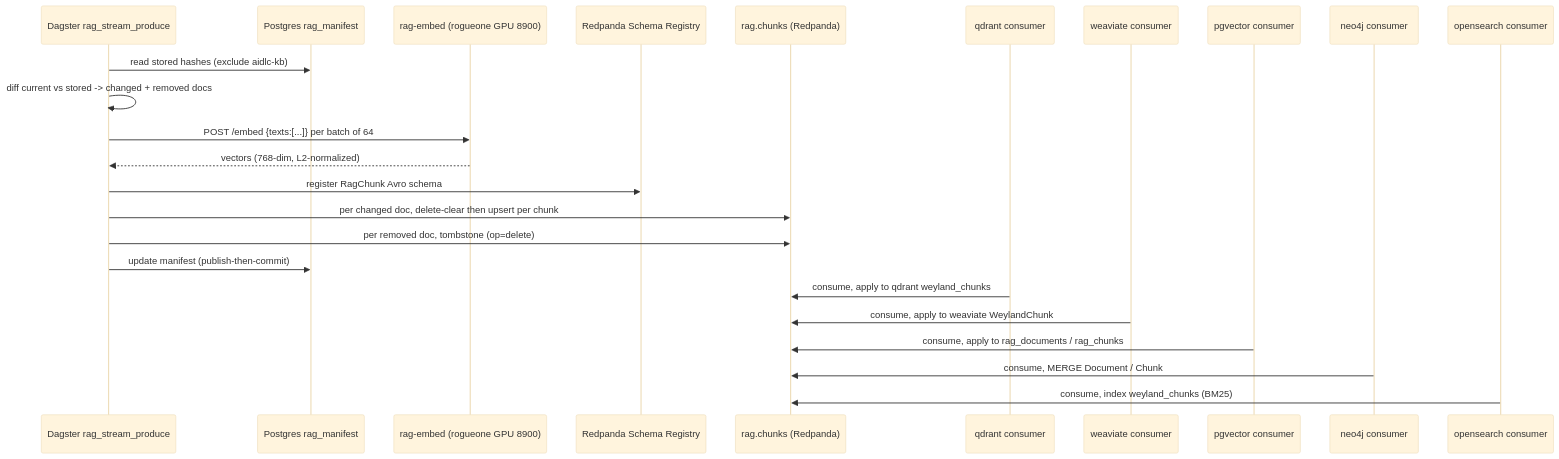
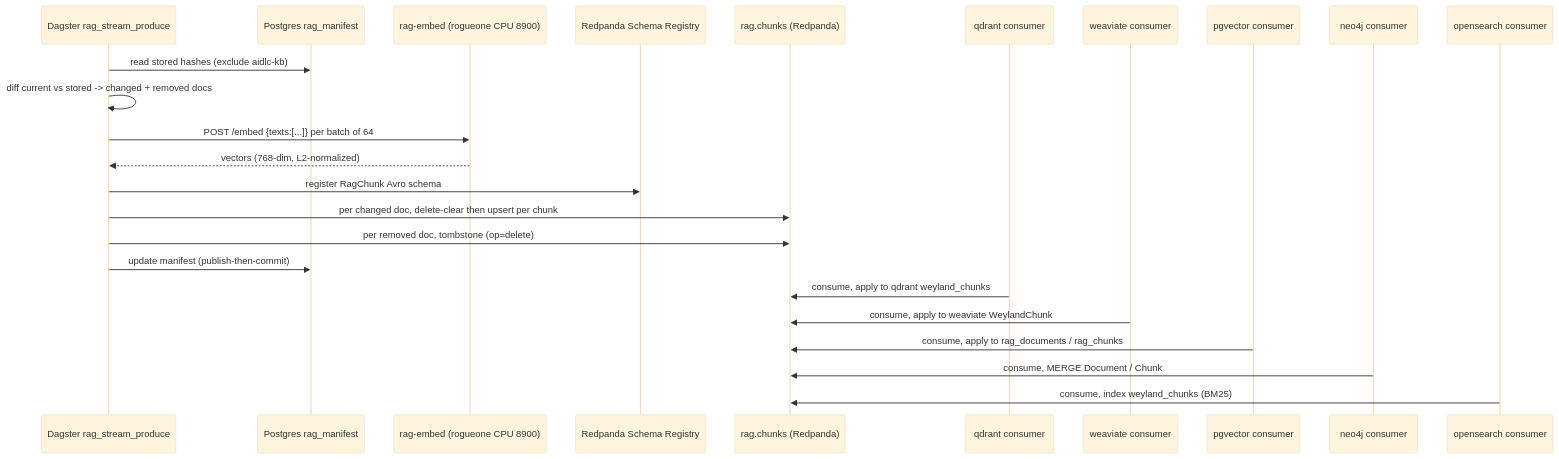
Before and after one commit to edtbl76/weyland-lab: the diagram in docs/demos/rag-stream.md, drawn with Mermaid (base theme). The commit also changed other lines of this file and 9 other files, not shown here.

First line of the commit message:
Switch `rag-embed` service to CPU on rogueone

````diff
--- a/docs/demos/rag-stream.md
+++ b/docs/demos/rag-stream.md
@@ -16,27 +16,27 @@
 ```mermaid
 sequenceDiagram
     participant DAG as Dagster rag_stream_produce
     participant PGM as Postgres rag_manifest
-    participant EMB as rag-embed (rogueone GPU 8900)
+    participant EMB as rag-embed (rogueone CPU 8900)
     participant SR as Redpanda Schema Registry
     participant TOPIC as rag.chunks (Redpanda)
     participant Q as qdrant consumer
     participant W as weaviate consumer
     participant P as pgvector consumer
     participant N as neo4j consumer
     participant O as opensearch consumer
 
     DAG->>PGM: read stored hashes (exclude aidlc-kb)
     DAG->>DAG: diff current vs stored -> changed + removed docs
     DAG->>EMB: POST /embed {texts:[...]} per batch of 64
     EMB-->>DAG: vectors (768-dim, L2-normalized)
     DAG->>SR: register RagChunk Avro schema
     DAG->>TOPIC: per changed doc, delete-clear then upsert per chunk
     DAG->>TOPIC: per removed doc, tombstone (op=delete)
     DAG->>PGM: update manifest (publish-then-commit)
     Q->>TOPIC: consume, apply to qdrant weyland_chunks
     W->>TOPIC: consume, apply to weaviate WeylandChunk
     P->>TOPIC: consume, apply to rag_documents / rag_chunks
     N->>TOPIC: consume, MERGE Document / Chunk
     O->>TOPIC: consume, index weyland_chunks (BM25)
 ```
````
